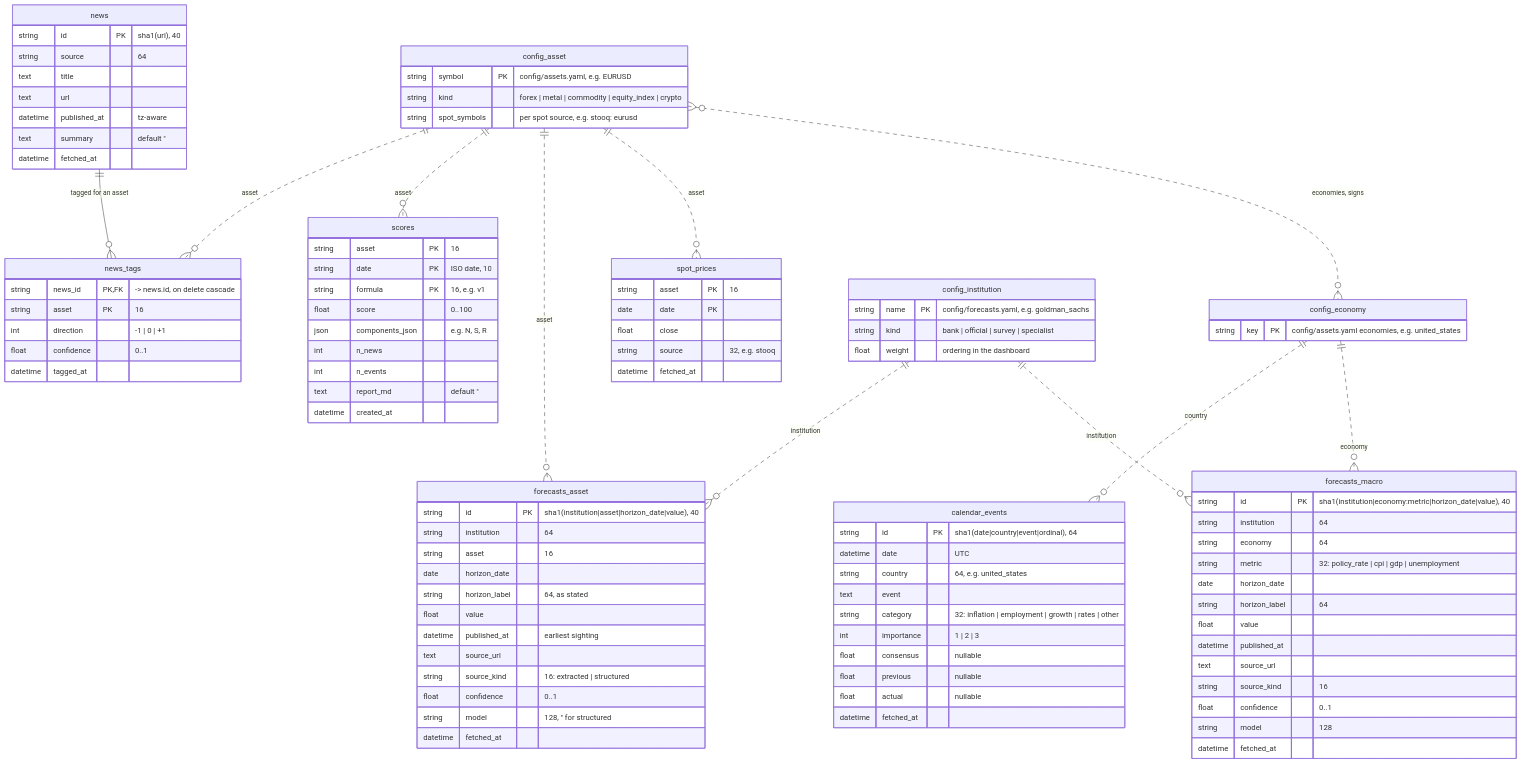
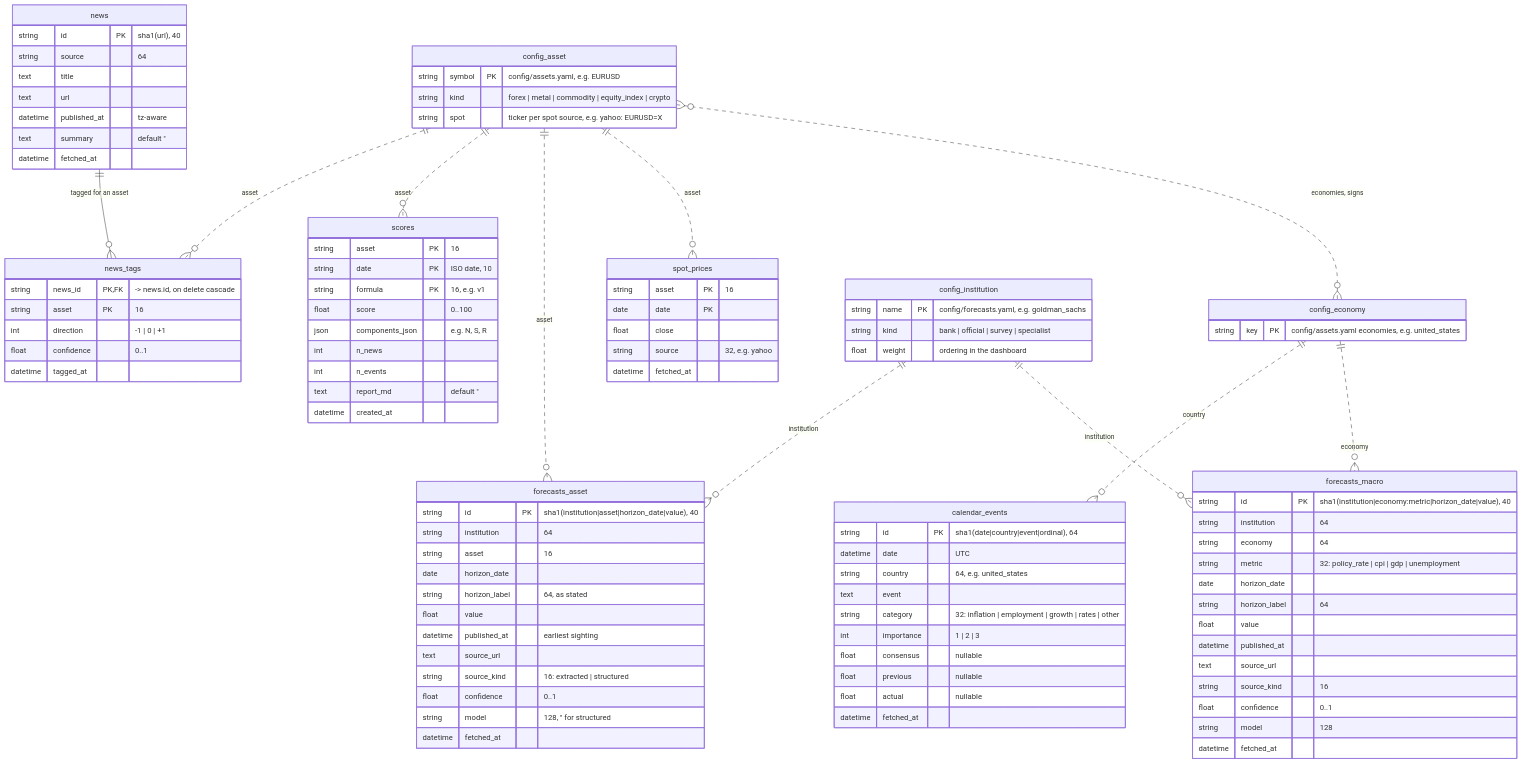
The diagram in docs/er-schema.md (sbOogway/manc), drawn with Mermaid before and after one commit. The commit also changed 7 other files, not shown here.

Commit message:
docs: the first spot adapter is Yahoo through yfinance, and why not Stooq

```diff
--- a/docs/er-schema.md
+++ b/docs/er-schema.md
@@ -88,14 +88,14 @@
         string asset PK "16"
         date date PK
         float close
-        string source "32, e.g. stooq"
+        string source "32, e.g. yahoo"
         datetime fetched_at
     }
 
     config_asset {
         string symbol PK "config/assets.yaml, e.g. EURUSD"
         string kind "forex | metal | commodity | equity_index | crypto"
-        string spot_symbols "per spot source, e.g. stooq: eurusd"
+        string spot "ticker per spot source, e.g. yahoo: EURUSD=X"
     }
 
     config_economy {
```
